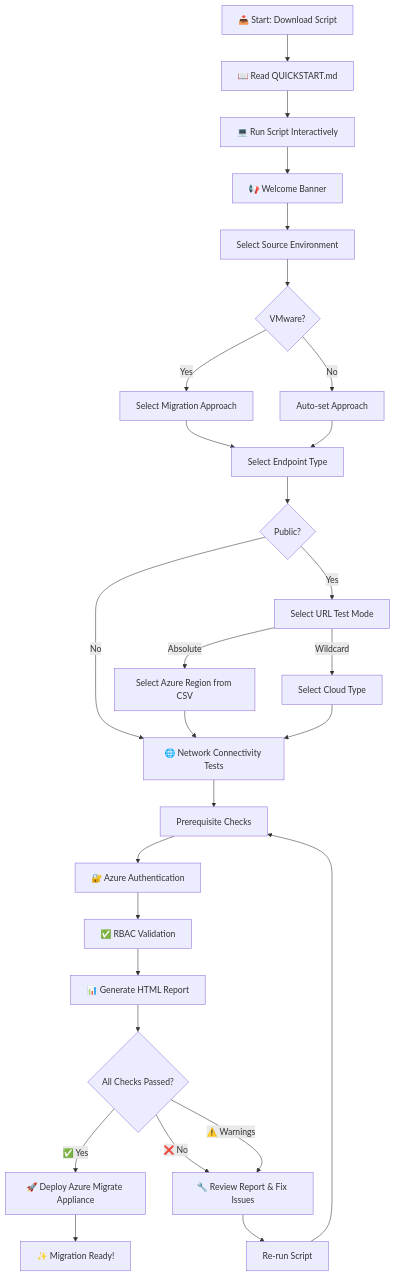
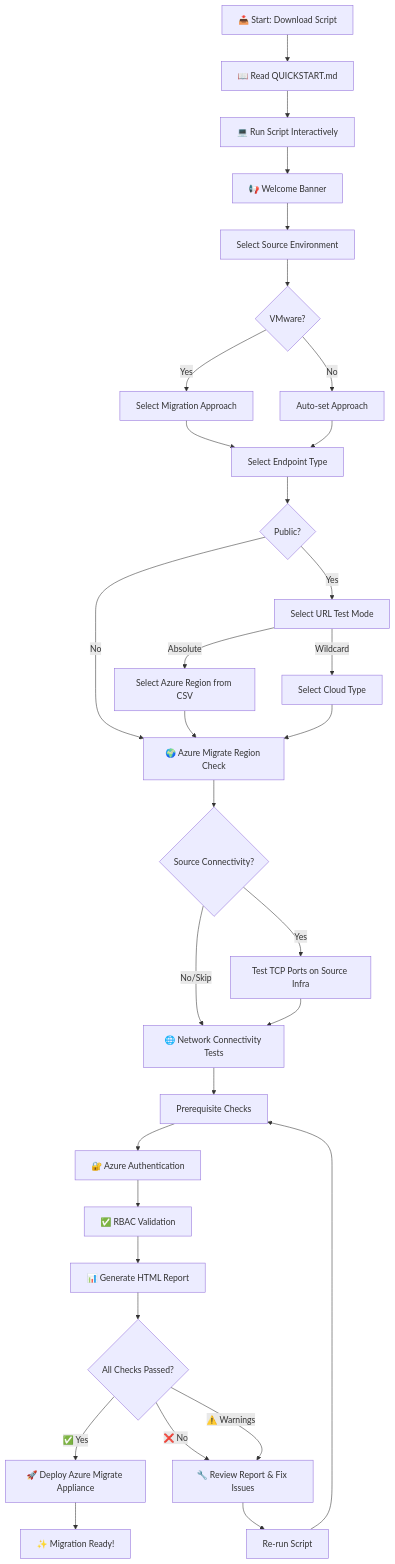
The diagram in README.md (phaniteluguti/AzureMigrateReadinessCheck), drawn with Mermaid before and after one commit. The commit also changed other lines of this file and 6 other files, not shown here.

First line of the commit message:
v3.1.0: Region availability check, ICMP removal, counter fix, supported regions update

````diff
--- a/README.md
+++ b/README.md
@@ -151,30 +151,34 @@
 ```mermaid
 flowchart TD
     A[📥 Start: Download Script] --> B[📖 Read QUICKSTART.md]
     B --> C[💻 Run Script Interactively]
     C --> D[📢 Welcome Banner]
     D --> E[Select Source Environment]
     E --> F{VMware?}
     F -->|Yes| F1[Select Migration Approach]
     F -->|No| F2[Auto-set Approach]
     F1 --> G[Select Endpoint Type]
     F2 --> G
     G --> G1{Public?}
     G1 -->|Yes| G2[Select URL Test Mode]
-    G1 -->|No| H[🌐 Network Connectivity Tests]
+    G1 -->|No| R1
     G2 -->|Absolute| G3[Select Azure Region from CSV]
     G2 -->|Wildcard| G4[Select Cloud Type]
-    G3 --> H
-    G4 --> H
+    G3 --> R1[🌍 Azure Migrate Region Check]
+    G4 --> R1
+    R1 --> SC{Source Connectivity?}
+    SC -->|Yes| SC1[Test TCP Ports on Source Infra]
+    SC -->|No/Skip| H
+    SC1 --> H[🌐 Network Connectivity Tests]
     H --> I[Prerequisite Checks]
     I --> J[🔐 Azure Authentication]
     J --> K[✅ RBAC Validation]
     K --> L[📊 Generate HTML Report]
     L --> M{All Checks Passed?}
     M -->|✅ Yes| N[🚀 Deploy Azure Migrate Appliance]
     M -->|❌ No| O[🔧 Review Report & Fix Issues]
     M -->|⚠️ Warnings| O
     O --> P[Re-run Script]
     P --> I
     N --> Q[✨ Migration Ready!]
 ```
````
